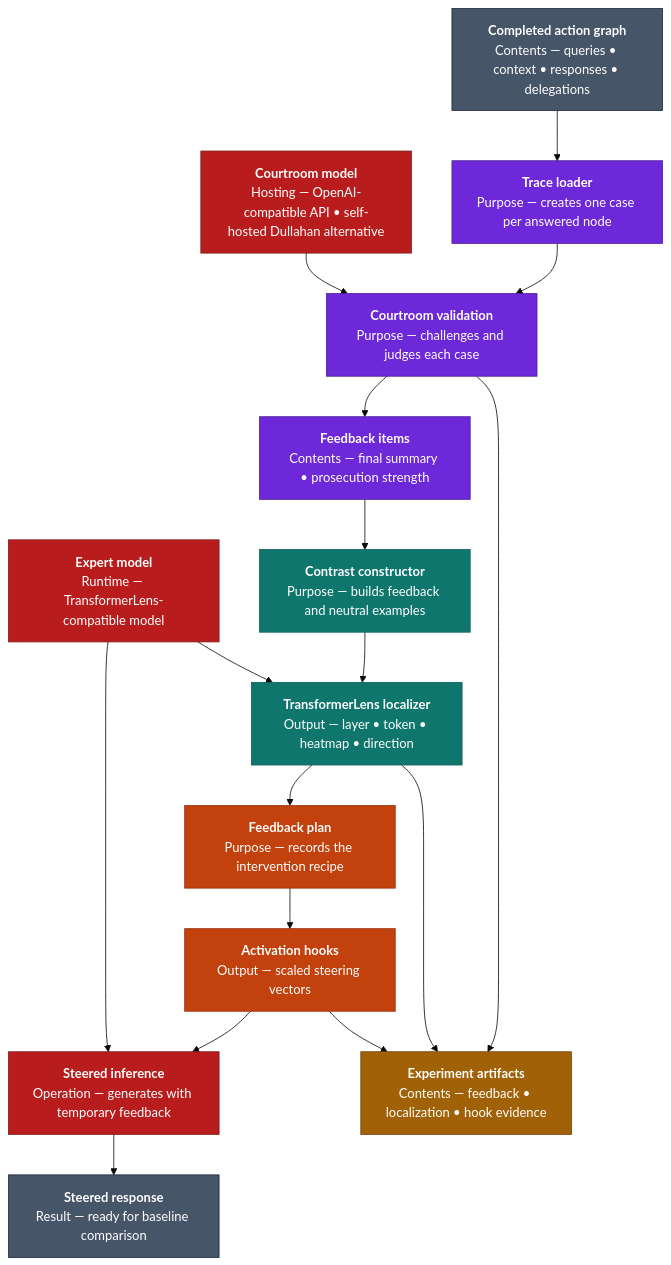
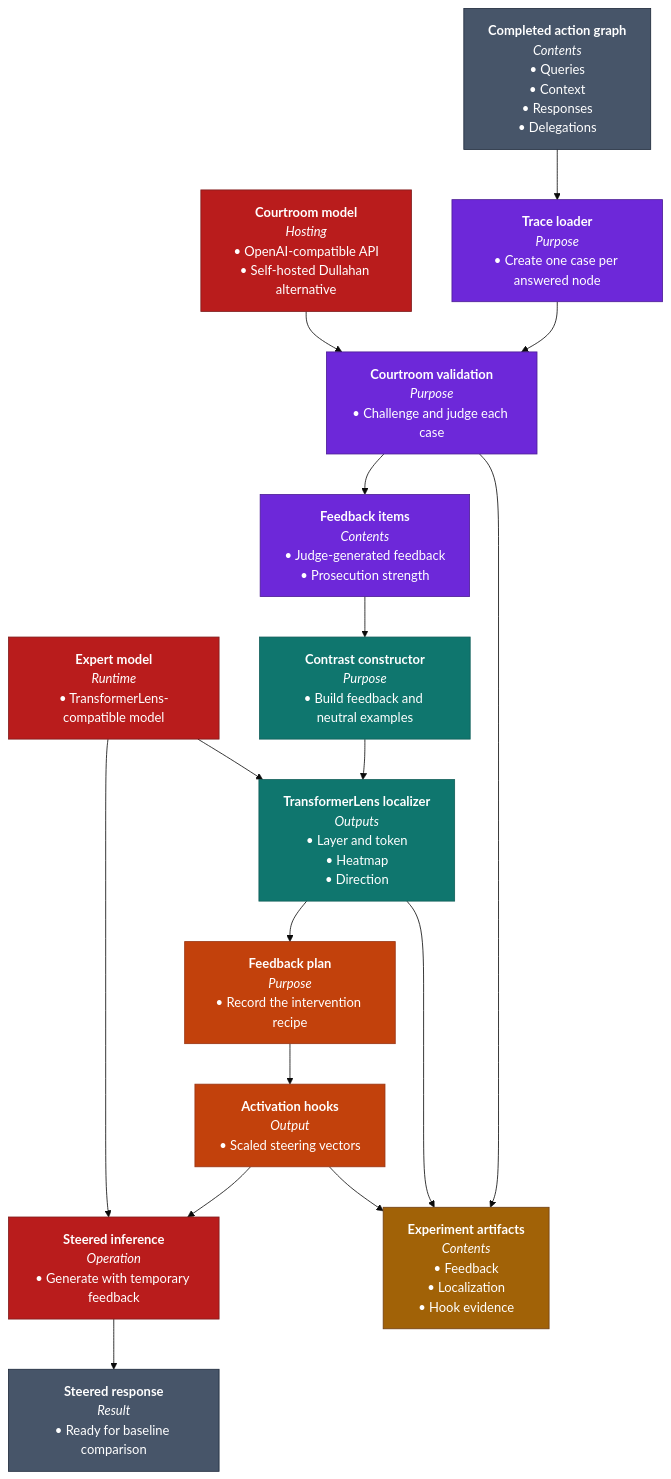
One commit to ForestDweller014/Specter changed the first of 3 diagrams in README.md. Above: the diagram before and after it, drawn with Mermaid (base theme). The commit also changed other lines of this file and 1 other file, not shown here.

First line of the commit message:
docs: Clarify correction architecture

````diff
--- a/README.md
+++ b/README.md
@@ -211,34 +216,34 @@
 ```mermaid
 flowchart TD
-    Trace["<b>Completed action graph</b><br/>Contents — queries • context • responses • delegations"] --> Loader["<b>Trace loader</b><br/>Purpose — creates one case per answered node"]
-    Loader --> Courtroom["<b>Courtroom validation</b><br/>Purpose — challenges and judges each case"]
-    Courtroom --> Feedback["<b>Feedback items</b><br/>Contents — final summary • prosecution strength"]
-    Feedback --> Contrast["<b>Contrast constructor</b><br/>Purpose — builds feedback and neutral examples"]
-    Contrast --> Localization["<b>TransformerLens localizer</b><br/>Output — layer • token • heatmap • direction"]
-    Localization --> Plan["<b>Feedback plan</b><br/>Purpose — records the intervention recipe"]
-    Plan --> Hooks["<b>Activation hooks</b><br/>Output — scaled steering vectors"]
-    Hooks --> Rerun["<b>Steered inference</b><br/>Operation — generates with temporary feedback"]
+    Trace["<b>Completed action graph</b><br/><i>Contents</i><br/>• Queries<br/>• Context<br/>• Responses<br/>• Delegations"] --> Loader["<b>Trace loader</b><br/><i>Purpose</i><br/>• Create one case per answered node"]
+    Loader --> Courtroom["<b>Courtroom validation</b><br/><i>Purpose</i><br/>• Challenge and judge each case"]
+    Courtroom --> Feedback["<b>Feedback items</b><br/><i>Contents</i><br/>• Judge-generated feedback<br/>• Prosecution strength"]
+    Feedback --> Contrast["<b>Contrast constructor</b><br/><i>Purpose</i><br/>• Build feedback and neutral examples"]
+    Contrast --> Localization["<b>TransformerLens localizer</b><br/><i>Outputs</i><br/>• Layer and token<br/>• Heatmap<br/>• Direction"]
+    Localization --> Plan["<b>Feedback plan</b><br/><i>Purpose</i><br/>• Record the intervention recipe"]
+    Plan --> Hooks["<b>Activation hooks</b><br/><i>Output</i><br/>• Scaled steering vectors"]
+    Hooks --> Rerun["<b>Steered inference</b><br/><i>Operation</i><br/>• Generate with temporary feedback"]
 
-    CourtroomModel["<b>Courtroom model</b><br/>Hosting — OpenAI-compatible API • self-hosted Dullahan alternative"] --> Courtroom
-    ExpertModel["<b>Expert model</b><br/>Runtime — TransformerLens-compatible model"] --> Localization
+    CourtroomModel["<b>Courtroom model</b><br/><i>Hosting</i><br/>• OpenAI-compatible API<br/>• Self-hosted Dullahan alternative"] --> Courtroom
+    ExpertModel["<b>Expert model</b><br/><i>Runtime</i><br/>• TransformerLens-compatible model"] --> Localization
     ExpertModel --> Rerun
 
-    Courtroom --> Evidence["<b>Experiment artifacts</b><br/>Contents — feedback • localization • hook evidence"]
+    Courtroom --> Evidence["<b>Experiment artifacts</b><br/><i>Contents</i><br/>• Feedback<br/>• Localization<br/>• Hook evidence"]
     Localization --> Evidence
     Hooks --> Evidence
-    Rerun --> Result["<b>Steered response</b><br/>Result — ready for baseline comparison"]
+    Rerun --> Result["<b>Steered response</b><br/><i>Result</i><br/>• Ready for baseline comparison"]
 
     class Trace,Result external
     class Loader,Courtroom,Feedback validation
     class Contrast,Localization teal
     class Plan,Hooks application
     class CourtroomModel,ExpertModel,Rerun inference
     class Evidence memory
 
     classDef external fill:#475569,stroke:#1E293B,color:#FFFFFF
     classDef validation fill:#6D28D9,stroke:#4C1D95,color:#FFFFFF
     classDef teal fill:#0F766E,stroke:#115E59,color:#FFFFFF
     classDef application fill:#C2410C,stroke:#9A3412,color:#FFFFFF
     classDef inference fill:#B91C1C,stroke:#7F1D1D,color:#FFFFFF
     classDef memory fill:#A16207,stroke:#713F12,color:#FFFFFF
 ```
````
